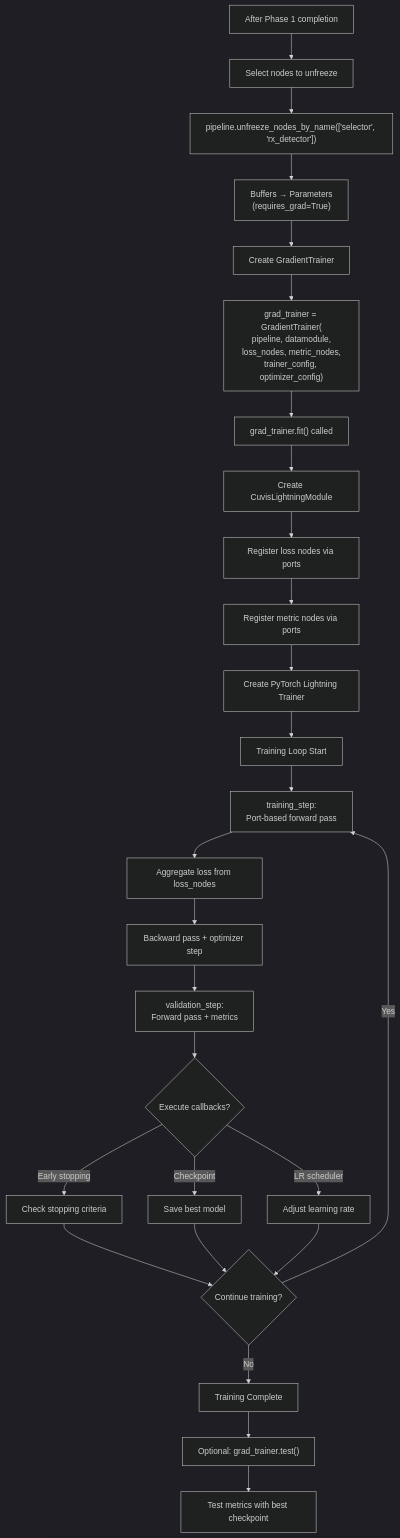
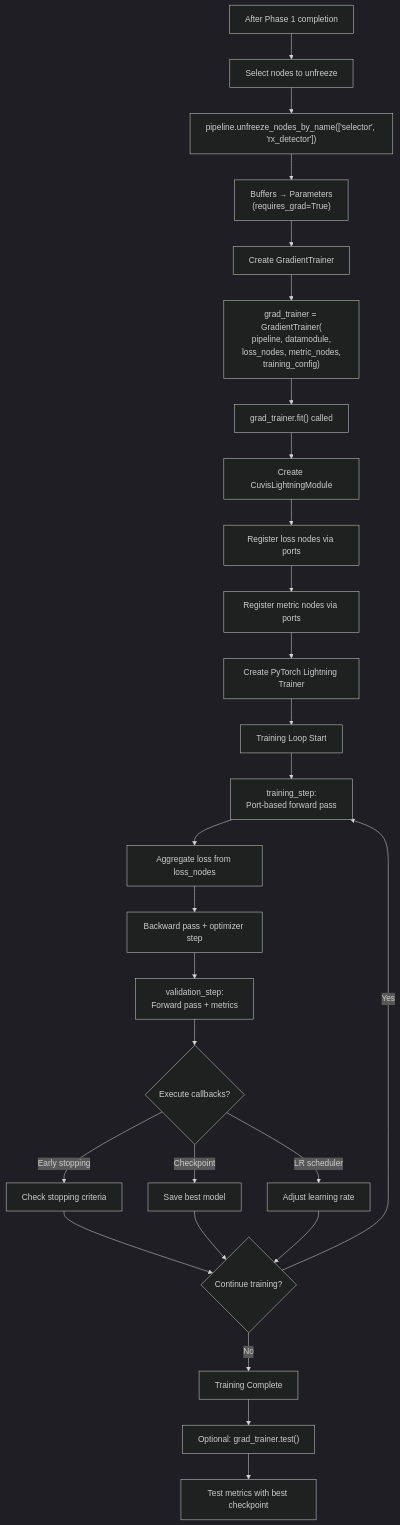
One commit to cubert-hyperspectral/cuvis-ai changed the second of 2 diagrams in docs/concepts/training.md. Above: the diagram before and after it, drawn with Mermaid (dark theme). The commit also changed other lines of this file and 31 other files, not shown here.

First line of the commit message:
refactor(training): flatten trainrun/training configs for the folded TrainingConfig

````diff
--- a/docs/concepts/training.md
+++ b/docs/concepts/training.md
@@ -227,29 +227,29 @@
 ```mermaid
 flowchart TD
     A[After Phase 1 completion] --> B["Select nodes to unfreeze"]
     B --> C["pipeline.unfreeze_nodes_by_name(['selector', 'rx_detector'])"]
     C --> D["Buffers → Parameters<br/>(requires_grad=True)"]
     D --> E["Create GradientTrainer"]
-    E --> F["grad_trainer = GradientTrainer(<br/>pipeline, datamodule,<br/>loss_nodes, metric_nodes,<br/>trainer_config, optimizer_config)"]
+    E --> F["grad_trainer = GradientTrainer(<br/>pipeline, datamodule,<br/>loss_nodes, metric_nodes,<br/>training_config)"]
     F --> G["grad_trainer.fit() called"]
     G --> H[Create CuvisLightningModule]
     H --> I[Register loss nodes via ports]
     I --> J[Register metric nodes via ports]
     J --> K[Create PyTorch Lightning Trainer]
     K --> L[Training Loop Start]
     L --> M[training_step:<br/>Port-based forward pass]
     M --> N[Aggregate loss from loss_nodes]
     N --> O[Backward pass + optimizer step]
     O --> P[validation_step:<br/>Forward pass + metrics]
     P --> Q{Execute callbacks?}
     Q -->|Early stopping| R[Check stopping criteria]
     Q -->|Checkpoint| S[Save best model]
     Q -->|LR scheduler| T[Adjust learning rate]
     R --> U{Continue training?}
     S --> U
     T --> U
     U -->|Yes| M
     U -->|No| V[Training Complete]
     V --> W["Optional: grad_trainer.test()"]
     W --> X[Test metrics with best checkpoint]
 ```
````
